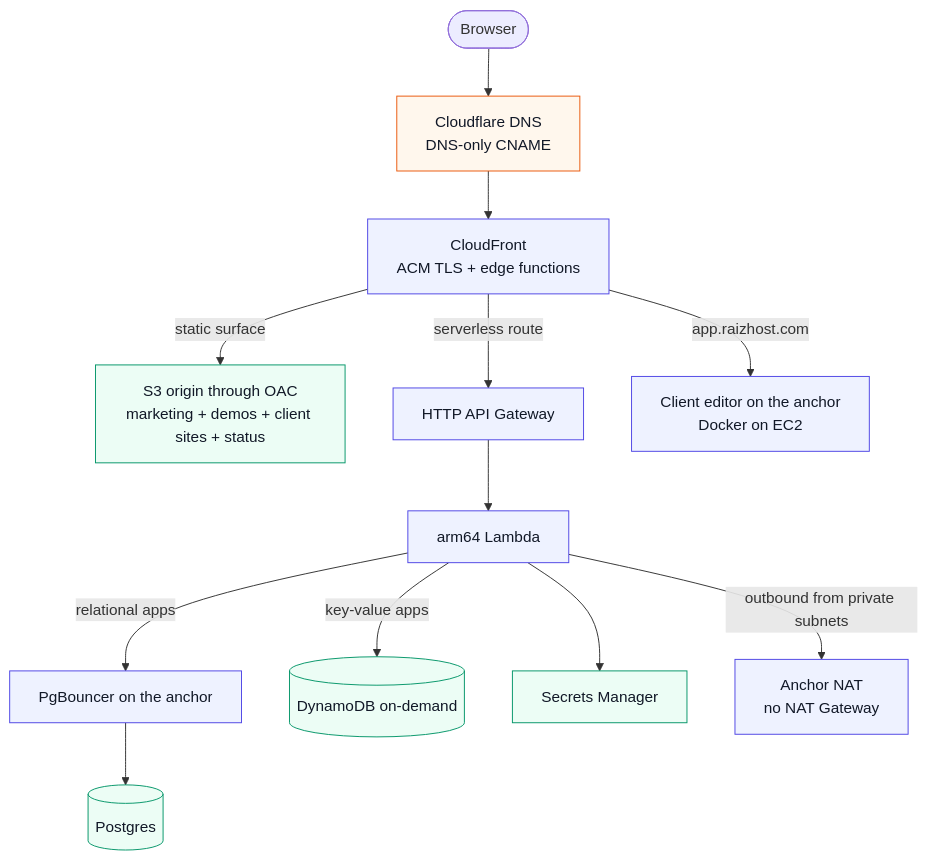
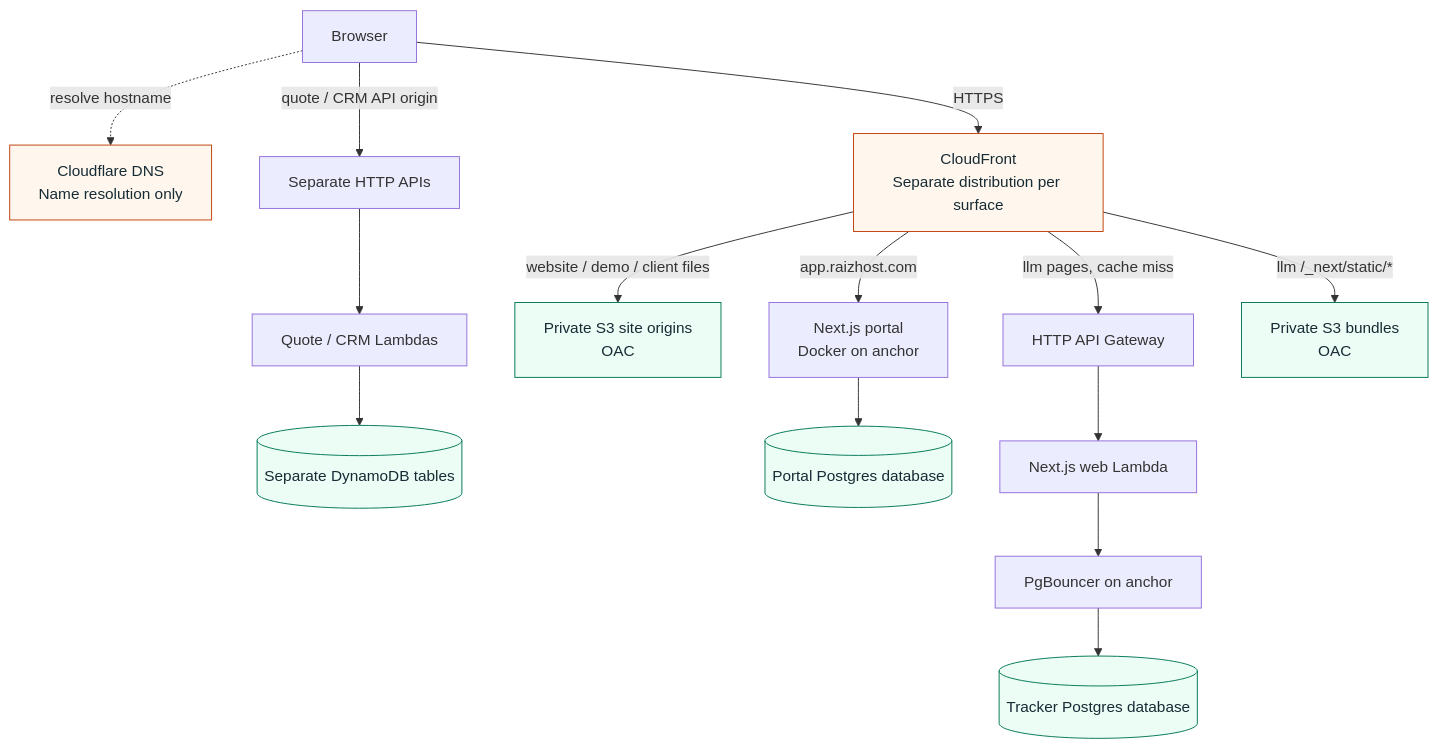
Before and after one commit to JadenRazo/raizhost-architecture: the diagram in diagrams/request-flow.mmd, drawn with Mermaid. The commit also changed 29 other files, not shown here.

Commit message:
docs: clarify RaizHost architecture and application flows (#5)

```diff
--- a/diagrams/request-flow.mmd
+++ b/diagrams/request-flow.mmd
@@ -1,21 +1,22 @@
 flowchart TB
-  browser([Browser]) --> dns[Cloudflare DNS<br/>DNS-only CNAME]
-  dns --> edge[CloudFront<br/>ACM TLS + edge functions]
+  browser["Browser"]
+  dns["Cloudflare DNS<br/>Name resolution only"]
+  browser -. "resolve hostname" .-> dns
+  browser -->|"HTTPS"| cf["CloudFront<br/>Separate distribution per surface"]
+  browser -->|"quote / CRM API origin"| qapi["Separate HTTP APIs"]
+  qapi --> qfn["Quote / CRM Lambdas"]
+  qfn --> ddb[("Separate DynamoDB tables")]
 
-  edge -->|static surface| s3[S3 origin through OAC<br/>marketing + demos + client sites + status]
-  edge -->|serverless route| api[HTTP API Gateway]
-  api --> lambda[arm64 Lambda]
-  edge -->|app.raizhost.com| editor[Client editor on the anchor<br/>Docker on EC2]
+  cf -->|"website / demo / client files"| sites["Private S3 site origins<br/>OAC"]
+  cf -->|"app.raizhost.com"| portal["Next.js portal<br/>Docker on anchor"]
+  portal --> editorDb[("Portal Postgres database")]
+  cf -->|"llm pages, cache miss"| api["HTTP API Gateway"]
+  api --> web["Next.js web Lambda"]
+  web --> pool["PgBouncer on anchor"]
+  pool --> trackerDb[("Tracker Postgres database")]
+  cf -->|"llm /_next/static/*"| assets["Private S3 bundles<br/>OAC"]
 
-  lambda -->|relational apps| pool[PgBouncer on the anchor]
-  pool --> postgres[(Postgres)]
-  lambda -->|key-value apps| ddb[(DynamoDB on-demand)]
-  lambda --> secrets[Secrets Manager]
-  lambda -->|outbound from private subnets| nat[Anchor NAT<br/>no NAT Gateway]
-
-  classDef edgeNode fill:#fff7ed,stroke:#ea580c,color:#111827
-  classDef aws fill:#eef2ff,stroke:#4f46e5,color:#111827
-  classDef data fill:#ecfdf5,stroke:#059669,color:#111827
-  class dns edgeNode
-  class edge,api,lambda,editor,pool,nat aws
-  class s3,postgres,ddb,secrets data
+  classDef edge fill:#fff7ed,stroke:#c2410c,color:#172b35
+  classDef data fill:#ecfdf5,stroke:#047857,color:#172b35
+  class dns,cf edge
+  class sites,assets,ddb,editorDb,trackerDb data
```
